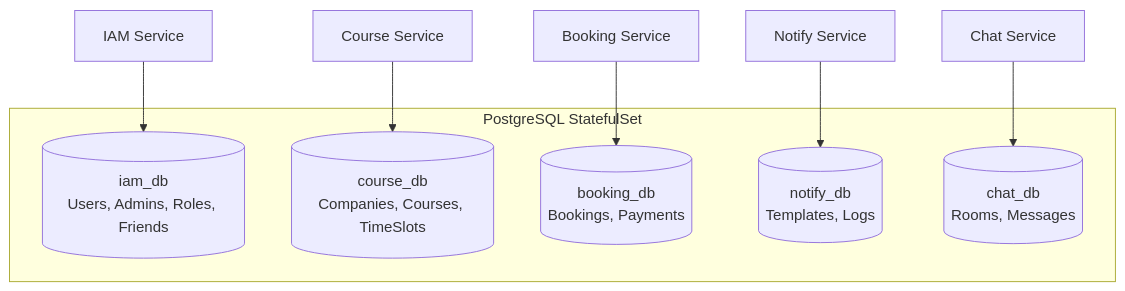
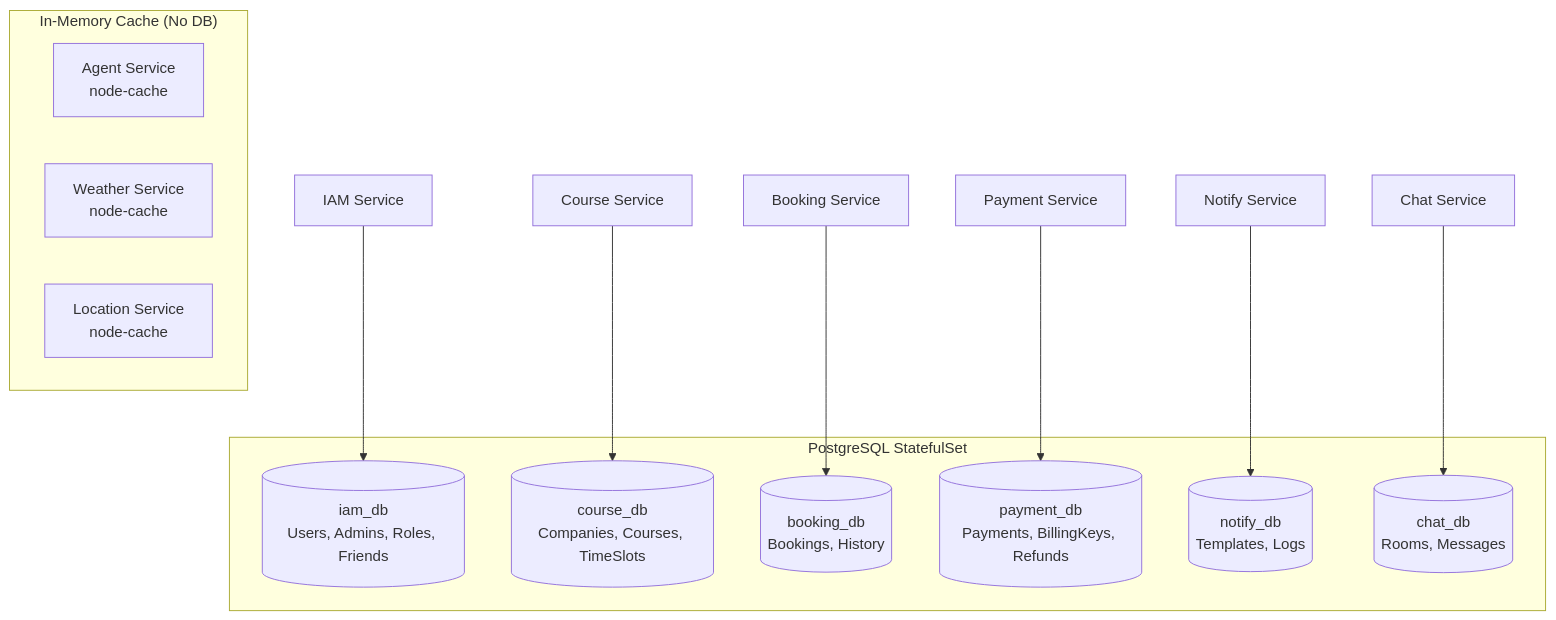
Before and after one commit to uniyous/parkgolf-platform: the fifth of 8 diagrams in docs/ARCHITECTURE.md, drawn with Mermaid. The commit also changed other lines of this file, not shown here.

First line of the commit message:
docs: ARCHITECTURE.md 최신화 - 신규 서비스 추가

````diff
--- a/docs/ARCHITECTURE.md
+++ b/docs/ARCHITECTURE.md
@@ -645,16 +839,24 @@
 ```mermaid
 graph TD
     subgraph "PostgreSQL StatefulSet"
         IAM_DB[(iam_db<br/>Users, Admins, Roles, Friends)]
         COURSE_DB[(course_db<br/>Companies, Courses, TimeSlots)]
-        BOOKING_DB[(booking_db<br/>Bookings, Payments)]
+        BOOKING_DB[(booking_db<br/>Bookings, History)]
+        PAYMENT_DB[(payment_db<br/>Payments, BillingKeys, Refunds)]
         NOTIFY_DB[(notify_db<br/>Templates, Logs)]
         CHAT_DB[(chat_db<br/>Rooms, Messages)]
     end
 
     IAM[IAM Service] --> IAM_DB
     COURSE[Course Service] --> COURSE_DB
     BOOK[Booking Service] --> BOOKING_DB
+    PAY[Payment Service] --> PAYMENT_DB
     NOTIFY[Notify Service] --> NOTIFY_DB
     CHAT[Chat Service] --> CHAT_DB
+
+    subgraph "In-Memory Cache (No DB)"
+        AGENT[Agent Service<br/>node-cache]
+        WEATHER[Weather Service<br/>node-cache]
+        LOCATION[Location Service<br/>node-cache]
+    end
 ```
````
